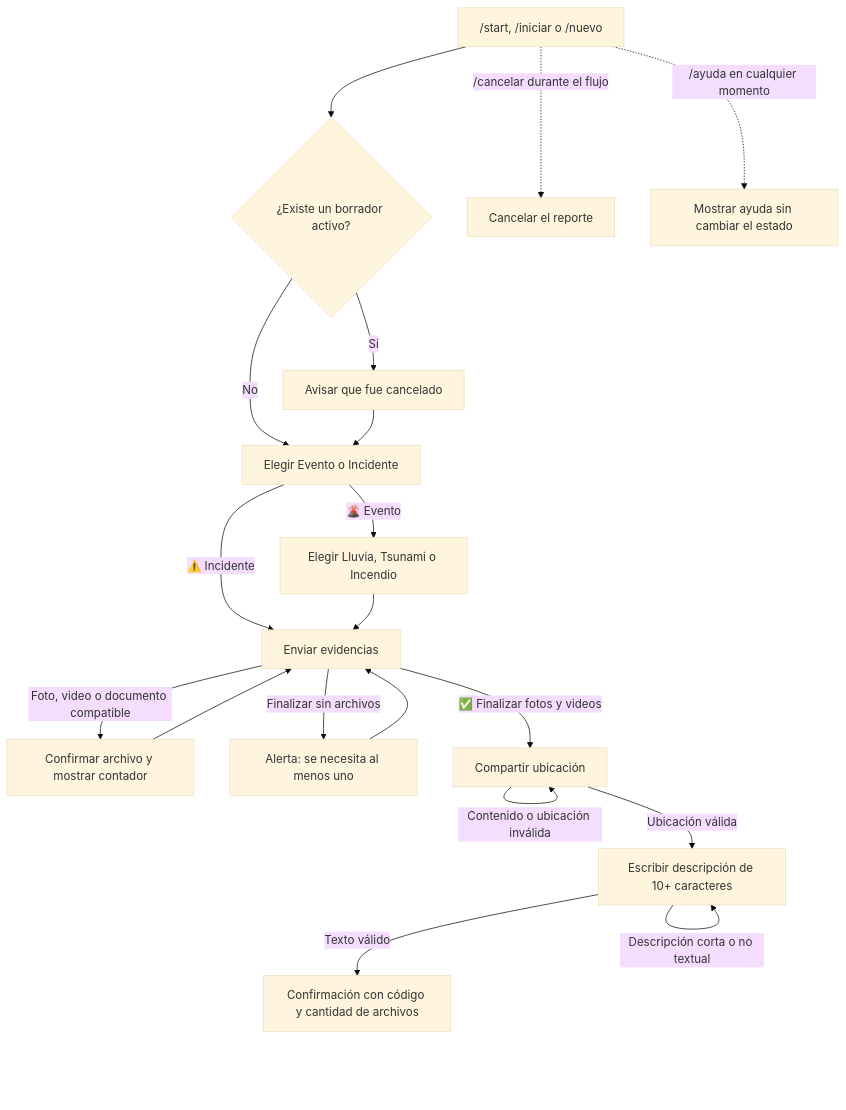
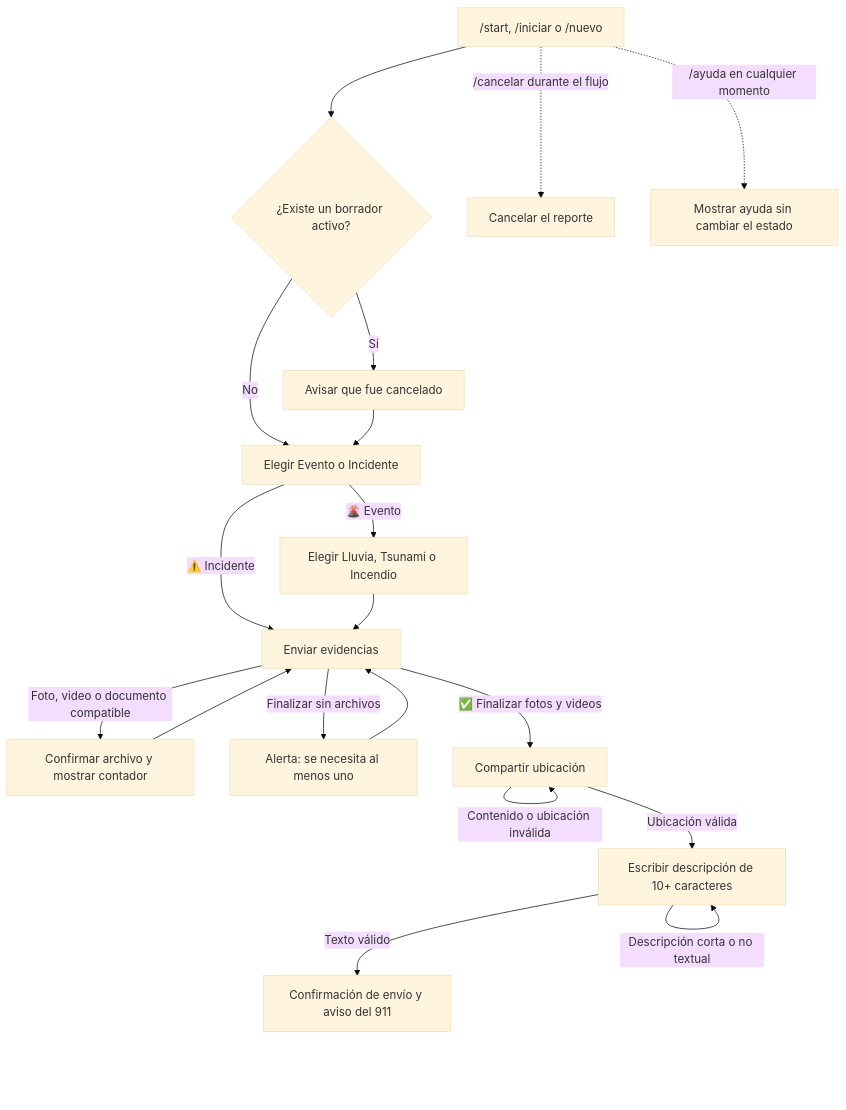
Before and after one commit to jhquihuiri7/galapagos_previene: the diagram in docs/flujo-mensajes-telegram-trabajo.md, drawn with Mermaid (base theme). The commit also changed other lines of this file and 7 other files, not shown here.

First line of the commit message:
feat(bot): simplifica los textos y quita el código del reporte

````diff
--- a/docs/flujo-mensajes-telegram-trabajo.md
+++ b/docs/flujo-mensajes-telegram-trabajo.md
@@ -5,25 +5,25 @@
 ```mermaid
 flowchart TD
     START["/start, /iniciar o /nuevo"] --> OLD{"¿Existe un borrador activo?"}
     OLD -->|Sí| CANCEL_OLD["Avisar que fue cancelado"]
     OLD -->|No| KIND
     CANCEL_OLD --> KIND["Elegir Evento o Incidente"]
 
     KIND -->|🌋 Evento| EVENT_TYPE["Elegir Lluvia, Tsunami o Incendio"]
     KIND -->|⚠️ Incidente| MEDIA["Enviar evidencias"]
     EVENT_TYPE --> MEDIA
 
     MEDIA -->|Foto, video o documento compatible| MEDIA_OK["Confirmar archivo y mostrar contador"]
     MEDIA_OK --> MEDIA
     MEDIA -->|Finalizar sin archivos| MEDIA_EMPTY["Alerta: se necesita al menos uno"]
     MEDIA_EMPTY --> MEDIA
     MEDIA -->|✅ Finalizar fotos y videos| LOCATION["Compartir ubicación"]
 
     LOCATION -->|Ubicación válida| DESCRIPTION["Escribir descripción de 10+ caracteres"]
     LOCATION -->|Contenido o ubicación inválida| LOCATION
     DESCRIPTION -->|Descripción corta o no textual| DESCRIPTION
-    DESCRIPTION -->|Texto válido| SUBMITTED["Confirmación con código y cantidad de archivos"]
+    DESCRIPTION -->|Texto válido| SUBMITTED["Confirmación de envío y aviso del 911"]
 
     START -.->|/cancelar durante el flujo| CANCELLED["Cancelar el reporte"]
     START -.->|/ayuda en cualquier momento| HELP["Mostrar ayuda sin cambiar el estado"]
 ```
````
